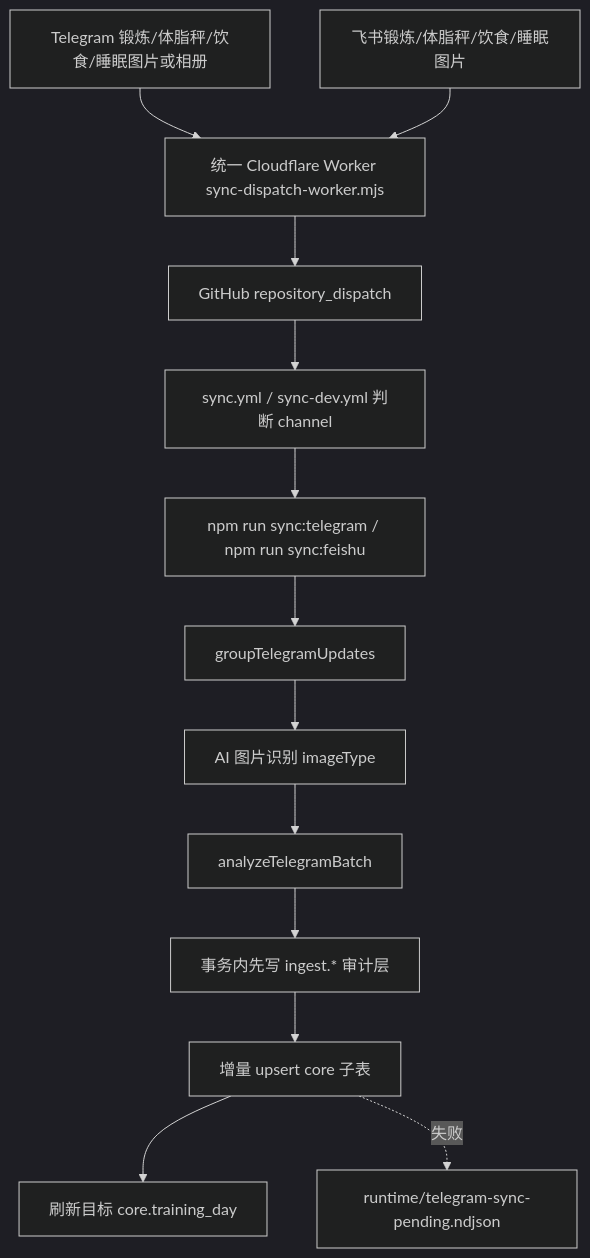
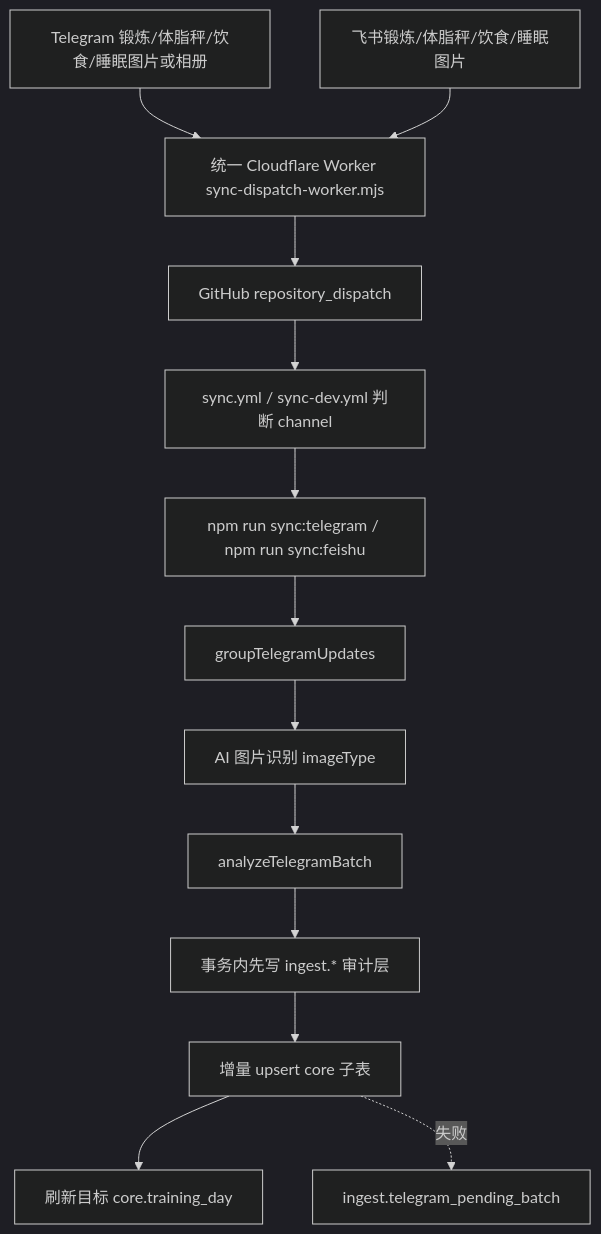
Before and after one commit to soulgo/training_records: the second of 4 diagrams in docs/数据流转/数据流转说明.md, drawn with Mermaid (dark theme). The commit also changed other lines of this file and 88 other files, not shown here.

````diff
--- a/docs/数据流转/数据流转说明.md
+++ b/docs/数据流转/数据流转说明.md
@@ -24,15 +24,15 @@
 ```mermaid
 flowchart TD
   T["Telegram 锻炼/体脂秤/饮食/睡眠图片或相册"] --> U["统一 Cloudflare Worker sync-dispatch-worker.mjs"]
   F["飞书锻炼/体脂秤/饮食/睡眠图片"] --> U
   U --> R["GitHub repository_dispatch"]
   R --> A["sync.yml / sync-dev.yml 判断 channel"]
   A --> S["npm run sync:telegram / npm run sync:feishu"]
   S --> G["groupTelegramUpdates"]
   G --> AI["AI 图片识别 imageType"]
   AI --> N["analyzeTelegramBatch"]
   N --> I["事务内先写 ingest.* 审计层"]
   I --> DB["增量 upsert core 子表"]
   DB --> D["刷新目标 core.training_day"]
-  DB -. "失败" .-> Q["runtime/telegram-sync-pending.ndjson"]
+  DB -. "失败" .-> Q["ingest.telegram_pending_batch"]
 ```
````
